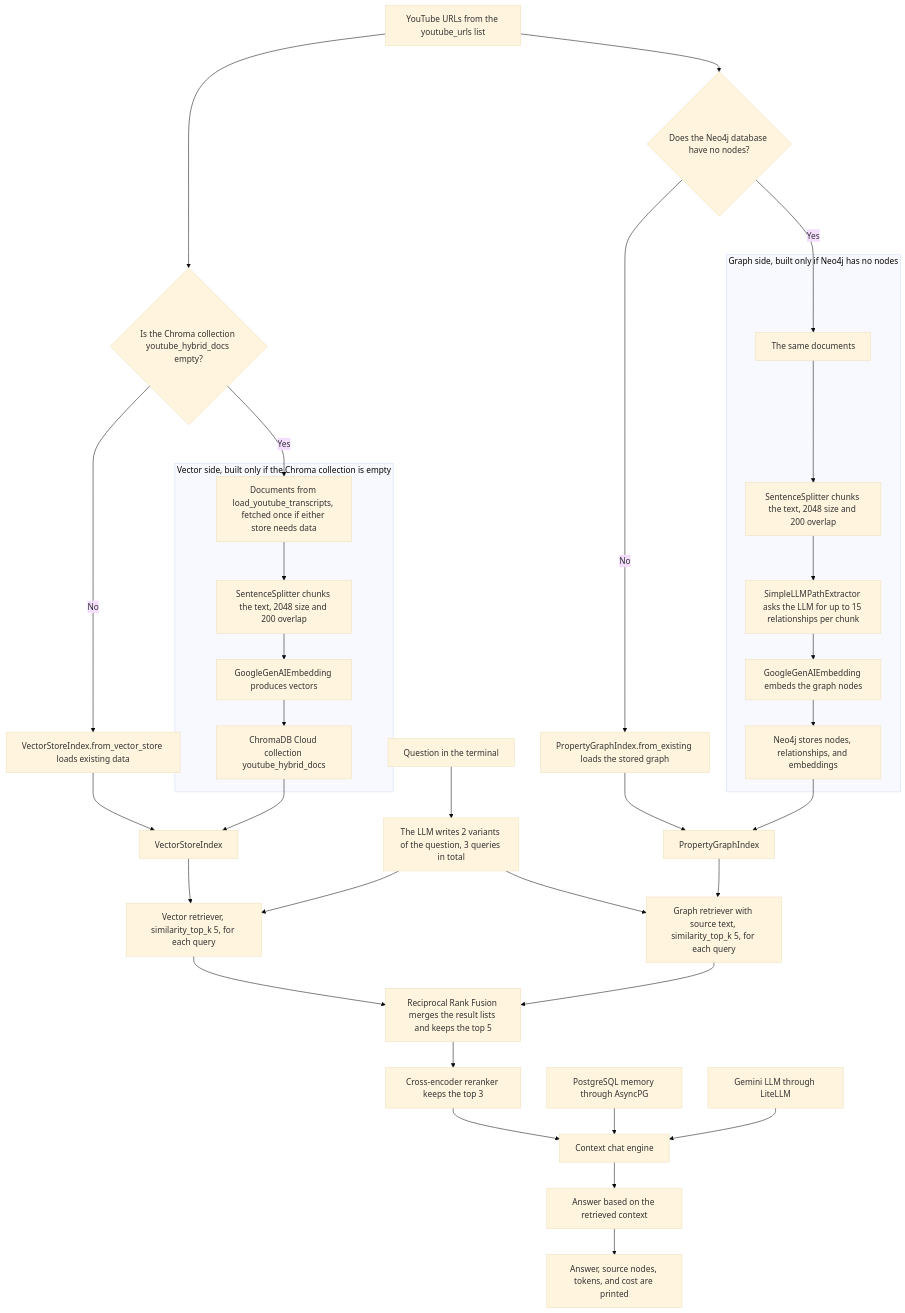
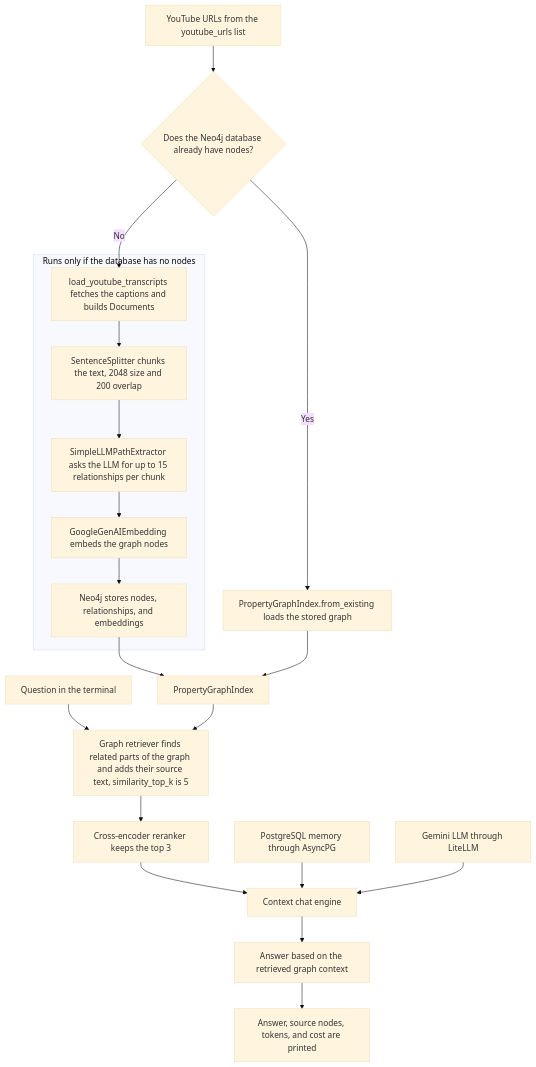
Before and after one commit to viochris/youtube-graph-rag-llamaindex: the diagram in README.md, drawn with Mermaid (base theme). The commit also changed other lines of this file, not shown here.

````diff
--- a/README.md
+++ b/README.md
@@ -274,43 +251,26 @@
 ```mermaid
 flowchart TD
-    A["YouTube URLs from the youtube_urls list"] --> B{"Is the Chroma collection youtube_hybrid_docs empty?"}
-    A --> M{"Does the Neo4j database have no nodes?"}
+    A["YouTube URLs from the youtube_urls list"] --> B{"Does the Neo4j database already have nodes?"}
 
-    B -- "No" --> H["VectorStoreIndex.from_vector_store loads existing data"]
-    M -- "No" --> H2["PropertyGraphIndex.from_existing loads the stored graph"]
+    B -- "No" --> C
+    B -- "Yes" --> H["PropertyGraphIndex.from_existing loads the stored graph"]
 
-    subgraph VectorBuild ["Vector side, built only if the Chroma collection is empty"]
-        C["Documents from load_youtube_transcripts, fetched once if either store needs data"] --> D["SentenceSplitter chunks the text, 2048 size and 200 overlap"]
-        D --> E["GoogleGenAIEmbedding produces vectors"]
-        E --> F["ChromaDB Cloud collection youtube_hybrid_docs"]
+    subgraph Ingestion ["Runs only if the database has no nodes"]
+        C["load_youtube_transcripts fetches the captions and builds Documents"] --> D["SentenceSplitter chunks the text, 2048 size and 200 overlap"]
+        D --> E["SimpleLLMPathExtractor asks the LLM for up to 15 relationships per chunk"]
+        E --> E2["GoogleGenAIEmbedding embeds the graph nodes"]
+        E2 --> F["Neo4j stores nodes, relationships, and embeddings"]
     end
 
-    subgraph GraphBuild ["Graph side, built only if Neo4j has no nodes"]
-        C2["The same documents"] --> D2["SentenceSplitter chunks the text, 2048 size and 200 overlap"]
-        D2 --> E2["SimpleLLMPathExtractor asks the LLM for up to 15 relationships per chunk"]
-        E2 --> E3["GoogleGenAIEmbedding embeds the graph nodes"]
-        E3 --> F2["Neo4j stores nodes, relationships, and embeddings"]
-    end
+    F --> G["PropertyGraphIndex"]
+    H --> G
 
-    B -- "Yes" --> C
-    M -- "Yes" --> C2
-
-    F --> G["VectorStoreIndex"]
-    H --> G
-    F2 --> G2["PropertyGraphIndex"]
-    H2 --> G2
-
-    Q["Question in the terminal"] --> V["The LLM writes 2 variants of the question, 3 queries in total"]
-    V --> R1["Vector retriever, similarity_top_k 5, for each query"]
-    V --> R2["Graph retriever with source text, similarity_top_k 5, for each query"]
-    G --> R1
-    G2 --> R2
-    R1 --> RRF["Reciprocal Rank Fusion merges the result lists and keeps the top 5"]
-    R2 --> RRF
-    RRF --> J["Cross-encoder reranker keeps the top 3"]
+    Q["Question in the terminal"] --> I["Graph retriever finds related parts of the graph and adds their source text, similarity_top_k is 5"]
+    G --> I
+    I --> J["Cross-encoder reranker keeps the top 3"]
     J --> K["Context chat engine"]
     L["PostgreSQL memory through AsyncPG"] --> K
-    P["Gemini LLM through LiteLLM"] --> K
-    K --> N["Answer based on the retrieved context"]
+    M["Gemini LLM through LiteLLM"] --> K
+    K --> N["Answer based on the retrieved graph context"]
     N --> O["Answer, source nodes, tokens, and cost are printed"]
 ```
````
